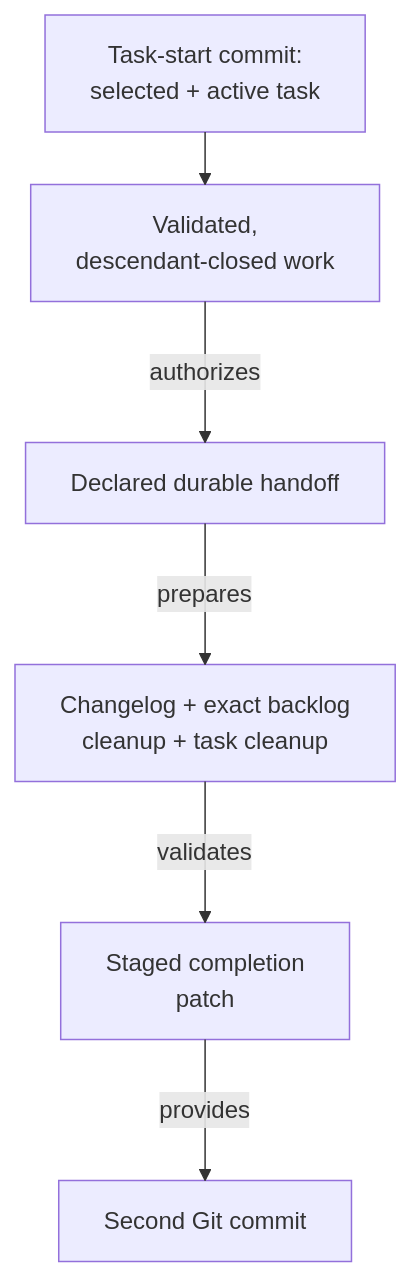
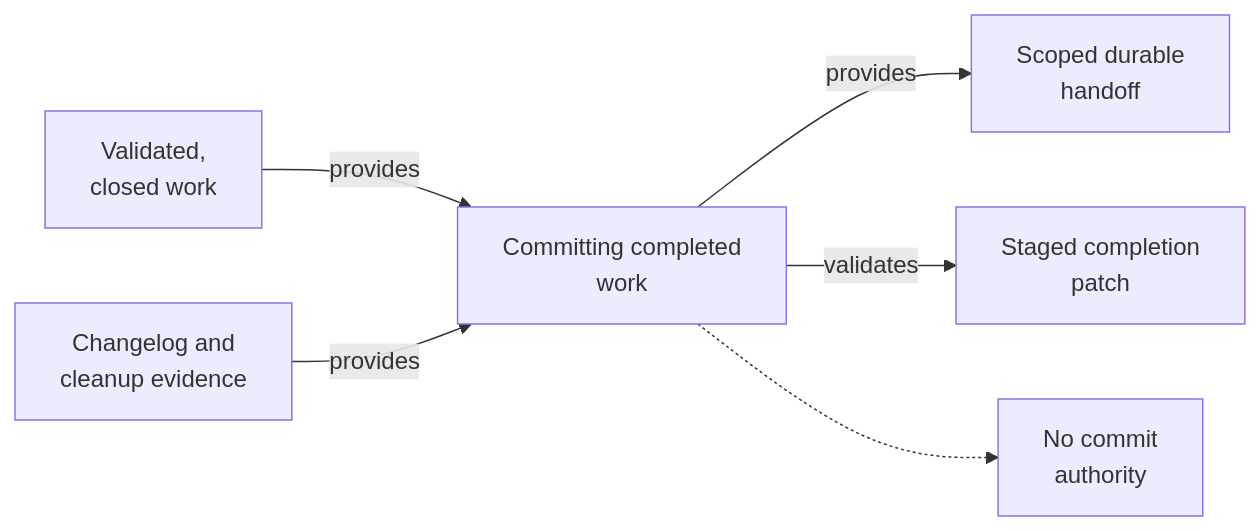
Before and after one commit to abstract-business-systems/as-is: the diagram in skills/committing-completed-work/as-is.md, drawn with Mermaid. The commit also changed other lines of this file and 245 other files, not shown here.

````diff
--- a/skills/committing-completed-work/as-is.md
+++ b/skills/committing-completed-work/as-is.md
@@ -24,12 +14,8 @@
 ```mermaid
----
-config:
-  layout: elk
----
-flowchart TB
-    Start["Task-start commit:<br/>selected + active task"] --> Evidence["Validated,<br/>descendant-closed work"]
-    Evidence -->|authorizes| Scope["Declared durable handoff"]
-    Scope -->|prepares| Finalization["Changelog + exact backlog<br/>cleanup + task cleanup"]
-    Finalization -->|validates| Patch["Staged completion<br/>patch"]
-    Patch -->|provides| Commit["Second Git commit"]
+flowchart LR
+    Validated["Validated,<br/>closed work"] -->|provides| Skill["Committing completed<br/>work"]
+    History["Changelog and<br/>cleanup evidence"] -->|provides| Skill
+    Skill -->|provides| Handoff["Scoped durable<br/>handoff"]
+    Skill -->|validates| Patch["Staged completion<br/>patch"]
+    Skill -.-> Boundary["No commit<br/>authority"]
 ```
````
